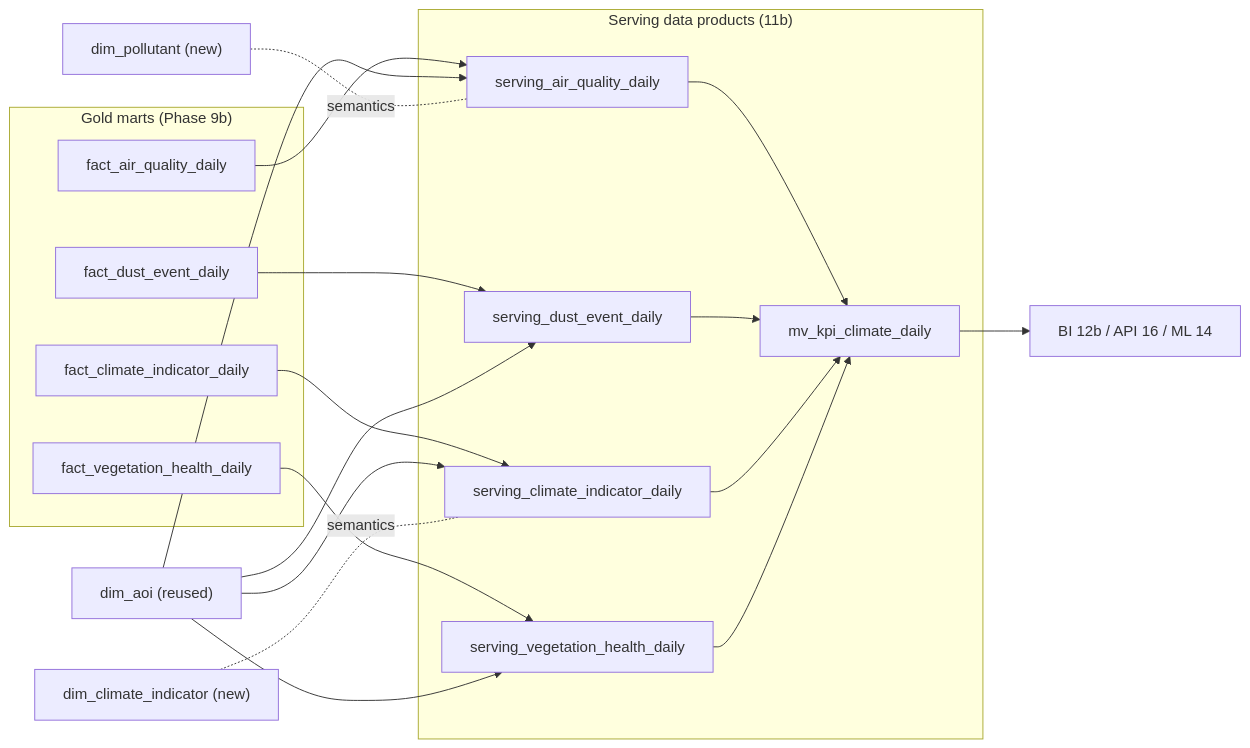
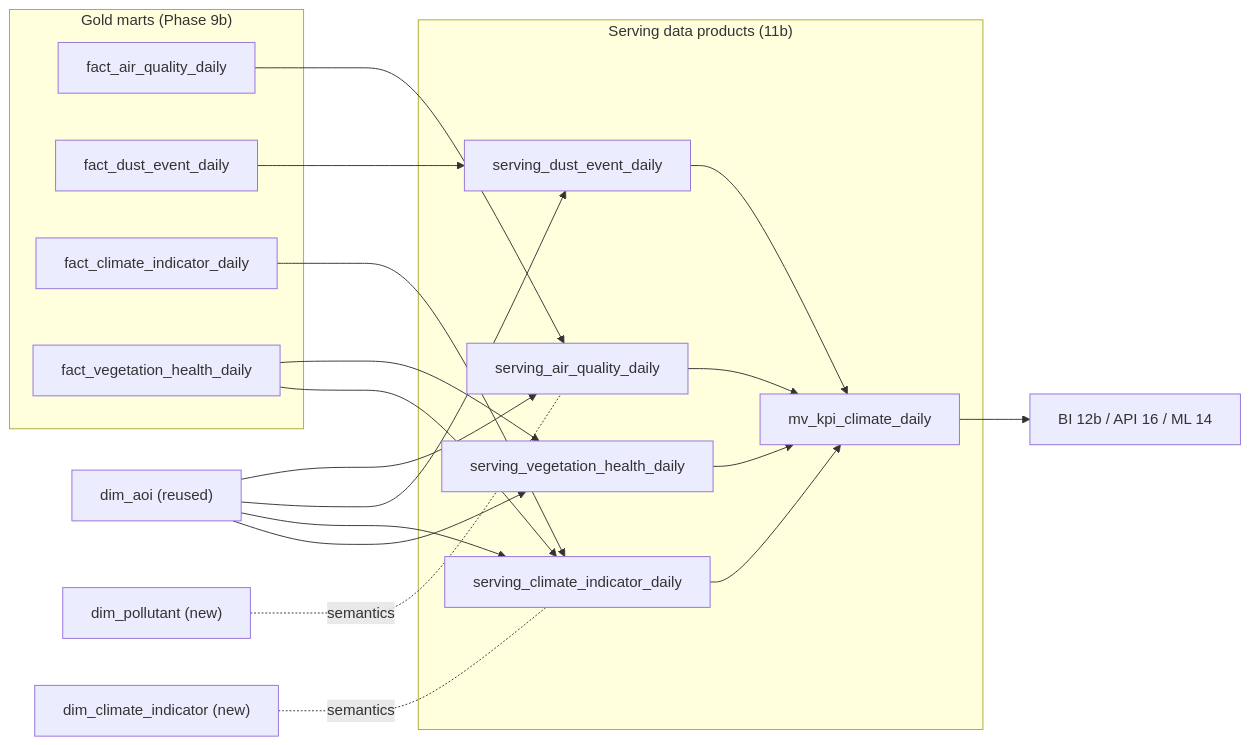
Before and after one commit to savadkv01/space-mission-data-ai-platform: the diagram in docs/serving/climate-products.md, drawn with Mermaid. The commit also changed other lines of this file and 18 other files, not shown here.

````diff
--- a/docs/serving/climate-products.md
+++ b/docs/serving/climate-products.md
@@ -30,29 +32,30 @@
 ```mermaid
 flowchart LR
     subgraph Gold["Gold marts (Phase 9b)"]
         FAQ["fact_air_quality_daily"]
         FDU["fact_dust_event_daily"]
         FCI["fact_climate_indicator_daily"]
         FVH["fact_vegetation_health_daily"]
     end
     subgraph Serving["Serving data products (11b)"]
         SAQ["serving_air_quality_daily"]
         SDU["serving_dust_event_daily"]
         SCI["serving_climate_indicator_daily"]
         SVH["serving_vegetation_health_daily"]
         MV["mv_kpi_climate_daily"]
     end
     DA["dim_aoi (reused)"]
     DP["dim_pollutant (new)"]
     DC["dim_climate_indicator (new)"]
 
     FAQ --> SAQ
     FDU --> SDU
     FCI --> SCI
     FVH --> SVH
+    FVH --> SCI
     DA --> SAQ & SDU & SCI & SVH
     SAQ & SDU & SCI & SVH --> MV
     DP -. semantics .- SAQ
     DC -. semantics .- SCI
     MV --> BI["BI 12b / API 16 / ML 14"]
 ```
````
